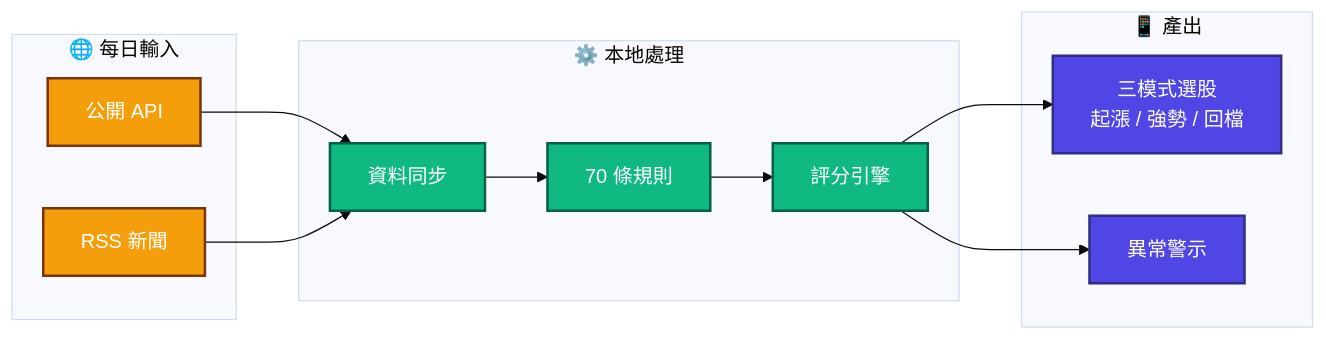
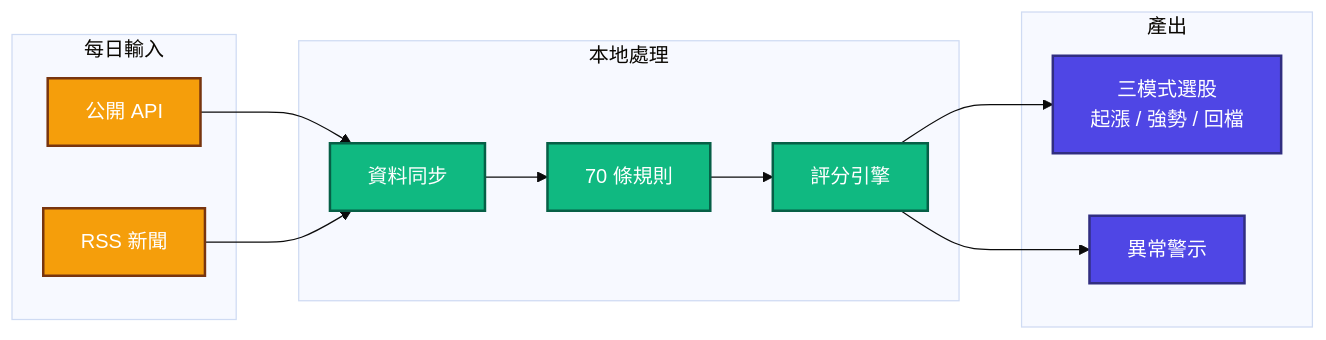
The diagram in CLAUDE.md (Neal75418/daredevil), drawn with Mermaid (base theme) before and after one commit. The commit also changed 1 other file, not shown here.

Commit message:
docs: 架構圖去除渲染失敗的 emoji,並收斂 Domain Layer
實機渲染發現兩個問題,第一個是上一版自己造成的:

**📱 在渲染環境是 tofu 方框**(README 的 Presentation、CLAUDE.md 的產出兩處都是;
🌐 ⚙️ 📦 正常)。破圖的字元比沒有字元糟,而只補一個又會讓四個標題不一致——
四個 emoji 全部移除。顏色已經承擔了視覺區分的工作,emoji 是多餘的裝飾。

**Domain Layer 被 Update Services 撐成一條橫貫全寬的空框**:它的虛線指向
API Clients,mermaid 為縮短邊長把它擺到最左,而 Analysis/Rule Engine 在最右,
中間留一大片空白。移除該節點後 Domain 只剩 Analysis → Rule Engine,緊湊靠右。

移除 Update Services 不損失資訊:README 這張圖的職責是「分層 + 資料流」,
而更新流程另有專屬圖(`.claude/rules/update-pipeline.md`)講得更完整;在這裡
只為它付出整個 Domain 框的版面,不划算。

````diff
--- a/CLAUDE.md
+++ b/CLAUDE.md
@@ -15,31 +15,31 @@
 ```mermaid
 flowchart LR
-    subgraph Input["🌐 每日輸入"]
+    subgraph Input["每日輸入"]
         API["公開 API"]
         RSS["RSS 新聞"]
     end
 
-    subgraph Process["⚙️ 本地處理"]
+    subgraph Process["本地處理"]
         Sync["資料同步"]
         Rules["70 條規則"]
         Score["評分引擎"]
     end
 
-    subgraph Output["📱 產出"]
+    subgraph Output["產出"]
         Modes["三模式選股<br/>起漲 / 強勢 / 回檔"]
         Alert["異常警示"]
     end
 
     API --> Sync
     RSS --> Sync
     Sync --> Rules --> Score --> Modes
     Score --> Alert
 
     classDef ext fill:#F59E0B,stroke:#78350F,stroke-width:2px,color:#FFFFFF
     classDef dom fill:#10B981,stroke:#065F46,stroke-width:2px,color:#FFFFFF
     classDef pres fill:#4F46E5,stroke:#312E81,stroke-width:2px,color:#FFFFFF
 
     class API,RSS ext
     class Sync,Rules,Score dom
     class Modes,Alert pres
 ```
````
